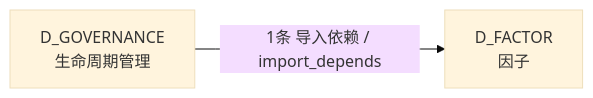
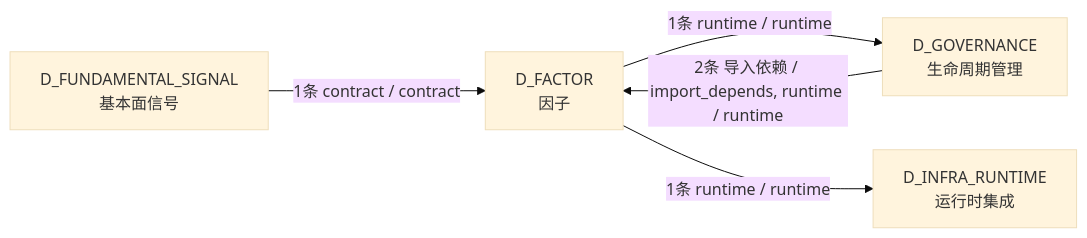
Before and after one commit to xuanFelixVan/ZephyrAlpha: the fourth of 4 diagrams in docs/02_enterprise_architecture/02_domain_architecture_docs/34_d_factor.md, drawn with Mermaid (base theme). The commit also changed other lines of this file and 112 other files, not shown here.

````diff
--- a/docs/02_enterprise_architecture/02_domain_architecture_docs/34_d_factor.md
+++ b/docs/02_enterprise_architecture/02_domain_architecture_docs/34_d_factor.md
@@ -181,6 +200,11 @@
 ```mermaid
 graph LR
     D_FACTOR["D_FACTOR<br/>因子"]
     D_GOVERNANCE["D_GOVERNANCE<br/>生命周期管理"]
-    D_GOVERNANCE -->|1条 导入依赖 / import_depends| D_FACTOR
+    D_INFRA_RUNTIME["D_INFRA_RUNTIME<br/>运行时集成"]
+    D_FUNDAMENTAL_SIGNAL["D_FUNDAMENTAL_SIGNAL<br/>基本面信号"]
+    D_FACTOR -->|1条 runtime / runtime| D_GOVERNANCE
+    D_FACTOR -->|1条 runtime / runtime| D_INFRA_RUNTIME
+    D_GOVERNANCE -->|2条 导入依赖 / import_depends, runtime / runtime| D_FACTOR
+    D_FUNDAMENTAL_SIGNAL -->|1条 contract / contract| D_FACTOR
 ```
````
